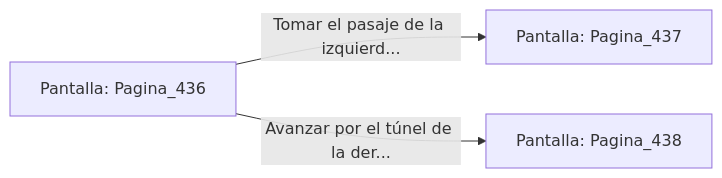
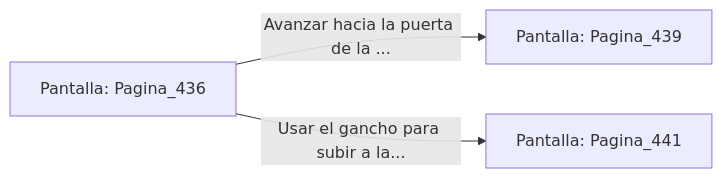
The diagram in sample/eligejuego-vault/Pantalla_Pagina_436.md (metsuke/mpl), drawn with Mermaid before and after one commit. The commit also changed other lines of this file and 635 other files, not shown here.

First line of the commit message:
fix: añadir Pagina_1 como pantalla inicial en capitulo_01.mpl

````diff
--- a/sample/eligejuego-vault/Pantalla_Pagina_436.md
+++ b/sample/eligejuego-vault/Pantalla_Pagina_436.md
@@ -20,6 +22,6 @@
 ```mermaid
 graph LR
     P_Pagina_436["Pantalla: Pagina_436"]
-    P_Pagina_436 -->|"Tomar el pasaje de la izquierd..."| P_Pagina_437["Pantalla: Pagina_437"]
-    P_Pagina_436 -->|"Avanzar por el túnel de la der..."| P_Pagina_438["Pantalla: Pagina_438"]
+    P_Pagina_436 -->|"Avanzar hacia la puerta de la ..."| P_Pagina_439["Pantalla: Pagina_439"]
+    P_Pagina_436 -->|"Usar el gancho para subir a la..."| P_Pagina_441["Pantalla: Pagina_441"]
 ```
````
